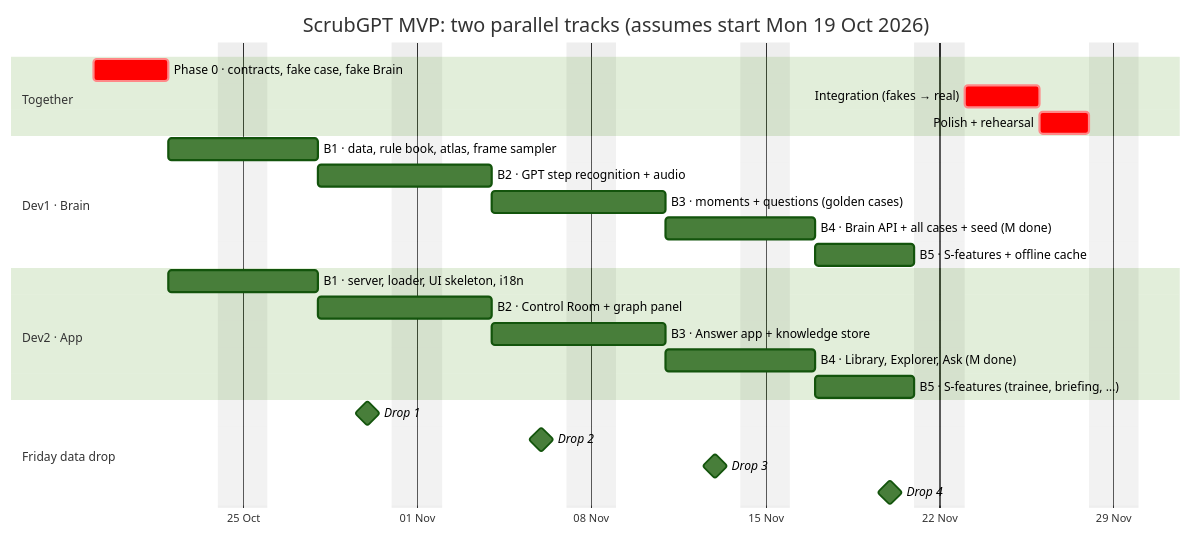
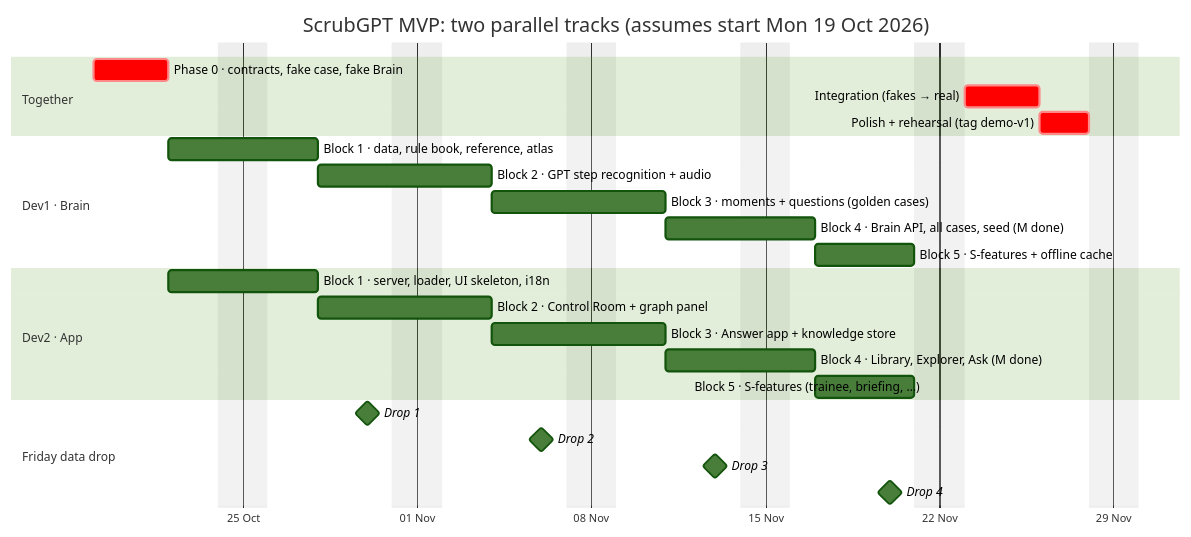
One commit to karthi-ai-engineer/ScrubGPT changed the second of 2 diagrams in docs/Work_Split.md. Above: the diagram before and after it, drawn with Mermaid (forest theme). The commit also changed other lines of this file and 29 other files, not shown here.

````diff
--- a/docs/Work_Split.md
+++ b/docs/Work_Split.md
@@ -79,32 +81,32 @@
 ```mermaid
 gantt
     title ScrubGPT MVP: two parallel tracks (assumes start Mon 19 Oct 2026)
     dateFormat YYYY-MM-DD
     axisFormat %d %b
     excludes weekends
 
     section Together
     Phase 0 · contracts, fake case, fake Brain   :crit, p0, 2026-10-19, 3d
     Integration (fakes → real)                   :crit, int, 2026-11-23, 3d
-    Polish + rehearsal                           :crit, reh, after int, 2d
+    Polish + rehearsal (tag demo-v1)             :crit, reh, after int, 2d
 
     section Dev1 · Brain
-    B1 · data, rule book, atlas, frame sampler   :d1w1, after p0, 4d
-    B2 · GPT step recognition + audio            :d1w2, after d1w1, 5d
-    B3 · moments + questions (golden cases)      :d1w3, after d1w2, 5d
-    B4 · Brain API + all cases + seed (M done)   :d1w4, after d1w3, 4d
-    B5 · S-features + offline cache              :d1w5, after d1w4, 4d
+    Block 1 · data, rule book, reference, atlas  :d1w1, after p0, 4d
+    Block 2 · GPT step recognition + audio       :d1w2, after d1w1, 5d
+    Block 3 · moments + questions (golden cases) :d1w3, after d1w2, 5d
+    Block 4 · Brain API, all cases, seed (M done) :d1w4, after d1w3, 4d
+    Block 5 · S-features + offline cache         :d1w5, after d1w4, 4d
 
     section Dev2 · App
-    B1 · server, loader, UI skeleton, i18n       :d2w1, after p0, 4d
-    B2 · Control Room + graph panel              :d2w2, after d2w1, 5d
-    B3 · Answer app + knowledge store            :d2w3, after d2w2, 5d
-    B4 · Library, Explorer, Ask (M done)         :d2w4, after d2w3, 4d
-    B5 · S-features (trainee, briefing, …)       :d2w5, after d2w4, 4d
+    Block 1 · server, loader, UI skeleton, i18n  :d2w1, after p0, 4d
+    Block 2 · Control Room + graph panel         :d2w2, after d2w1, 5d
+    Block 3 · Answer app + knowledge store       :d2w3, after d2w2, 5d
+    Block 4 · Library, Explorer, Ask (M done)    :d2w4, after d2w3, 4d
+    Block 5 · S-features (trainee, briefing, …)  :d2w5, after d2w4, 4d
 
     section Friday data drop
     Drop 1 :milestone, 2026-10-30, 0d
     Drop 2 :milestone, 2026-11-06, 0d
     Drop 3 :milestone, 2026-11-13, 0d
     Drop 4 :milestone, 2026-11-20, 0d
 ```
````
